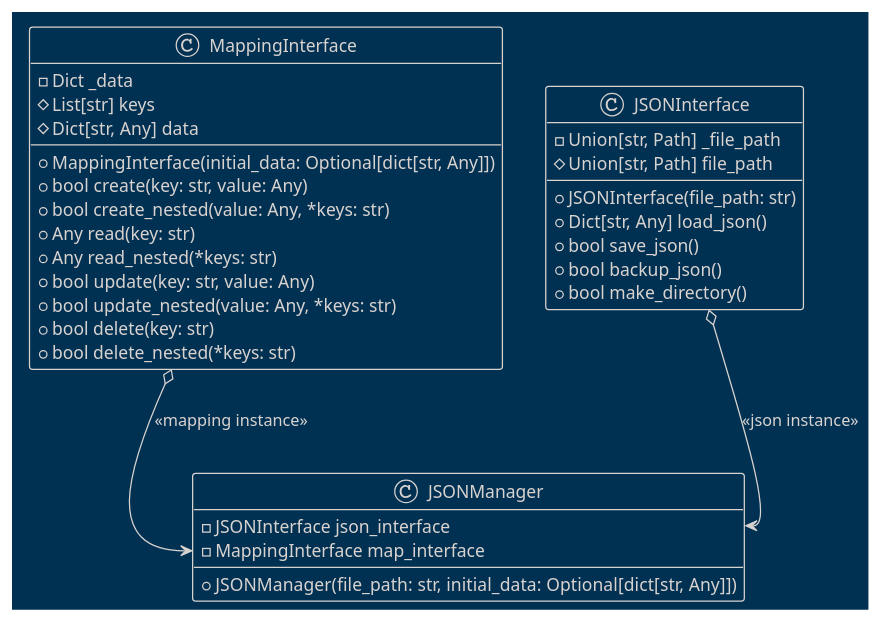
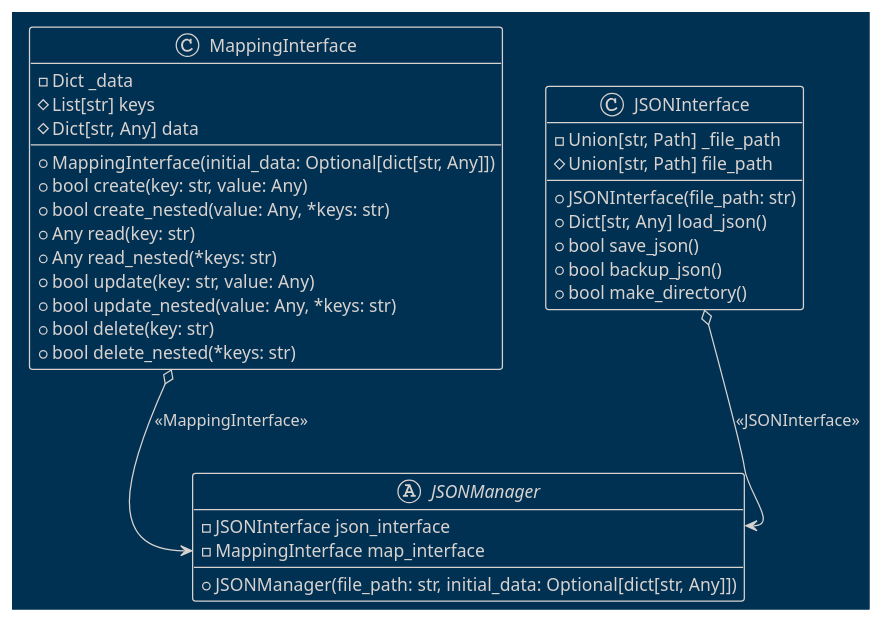
Before and after one commit to teleprint-me/py.gpt.prompt: the diagram in docs/diagrams/plantuml/mapping_interface.puml, drawn with PlantUML. The commit also changed 8 other files, not shown here.

Commit message:
docs: Refactor ChatSession diagram outlines

```diff
--- a/docs/diagrams/plantuml/mapping_interface.puml
+++ b/docs/diagrams/plantuml/mapping_interface.puml
@@ -1,39 +1,39 @@
 @startuml MappingInterface
 !theme blueprint
 
 ' docs/diagrams/plantuml/mapping_interface.puml
 
 class MappingInterface {
     - Dict _data
     + MappingInterface(initial_data: Optional[dict[str, Any]])
     # List[str] keys
     # Dict[str, Any] data
     + bool create(key: str, value: Any)
     + bool create_nested(value: Any, *keys: str)
     + Any read(key: str)
     + Any read_nested(*keys: str)
     + bool update(key: str, value: Any)
     + bool update_nested(value: Any, *keys: str)
     + bool delete(key: str)
     + bool delete_nested(*keys: str)
 }
 
 class JSONInterface {
     - Union[str, Path] _file_path
     + JSONInterface(file_path: str)
     # Union[str, Path] file_path
     + Dict[str, Any] load_json()
     + bool save_json()
     + bool backup_json()
     + bool make_directory()
 }
 
-class JSONManager {
+abstract class JSONManager {
     - JSONInterface json_interface
     - MappingInterface map_interface
     + JSONManager(file_path: str, initial_data: Optional[dict[str, Any]])
 }
 
-MappingInterface o--> JSONManager::map : <<mapping instance>>
-JSONInterface o--> JSONManager::json : <<json instance>>
+MappingInterface o--> JSONManager::map : <<MappingInterface>>
+JSONInterface o--> JSONManager::json : <<JSONInterface>>
 @enduml
```
